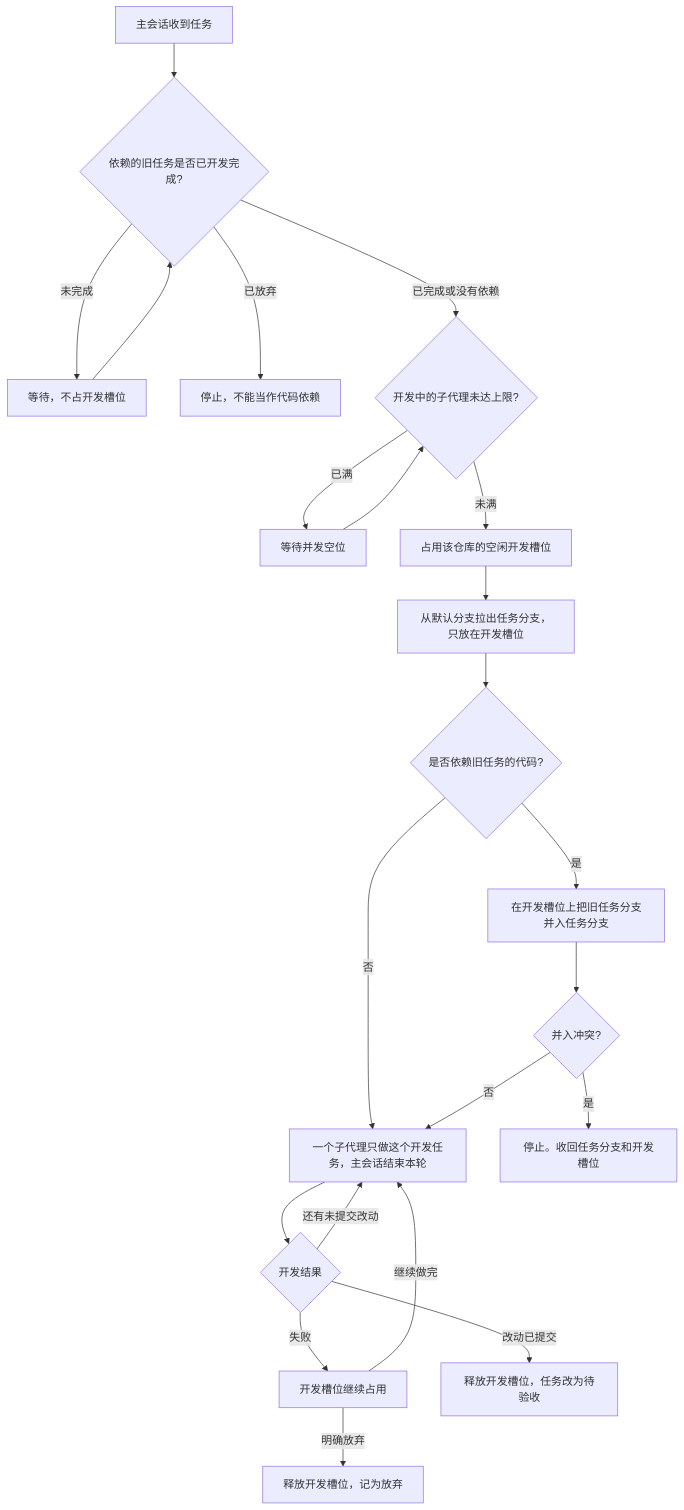
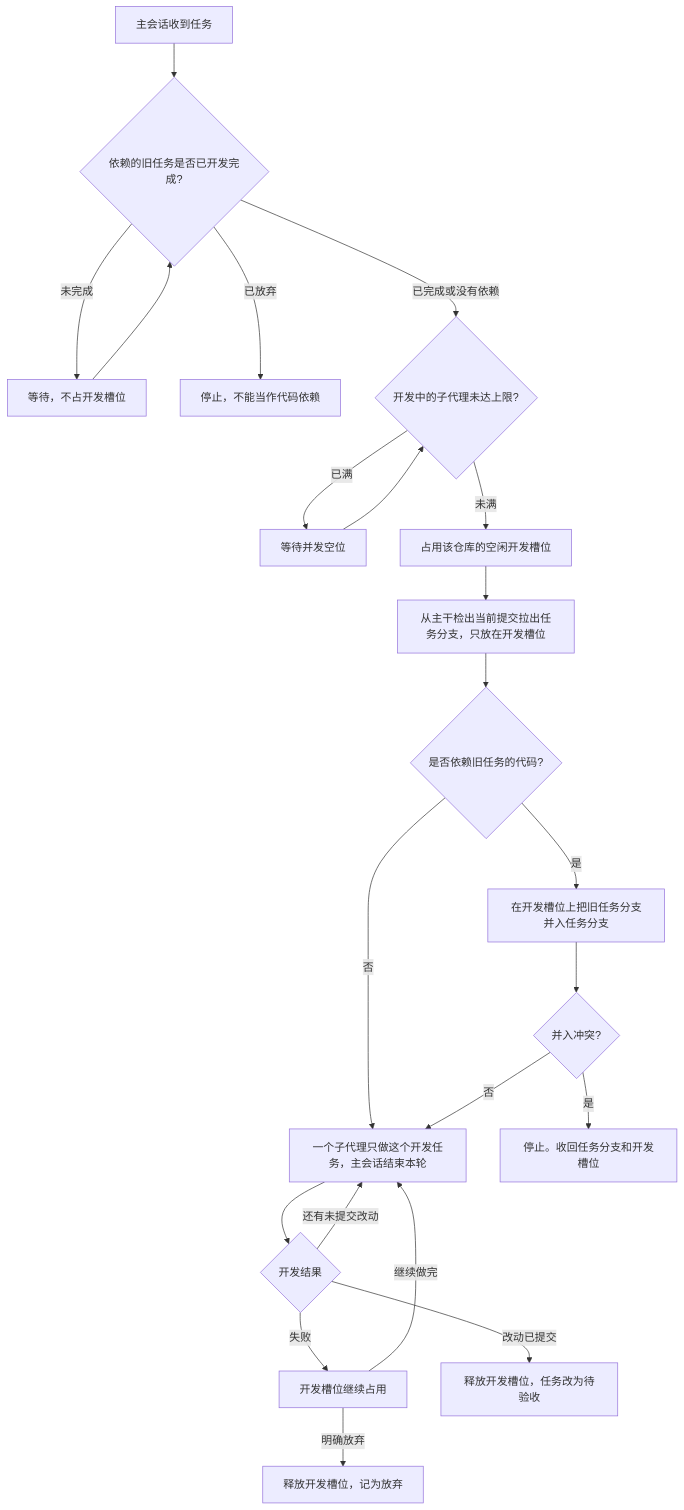
Before and after one commit to JJblau2021/dsh-dev-flow: the second of 3 diagrams in 需求.md, drawn with Mermaid. The commit also changed other lines of this file and 17 other files, not shown here.

````diff
--- a/需求.md
+++ b/需求.md
@@ -93,24 +93,24 @@
 ```mermaid
 flowchart TD
   start["主会话收到任务"] --> deps{"依赖的旧任务是否已开发完成?"}
   deps -->|"未完成"| waitDep["等待，不占开发槽位"]
   waitDep --> deps
   deps -->|"已放弃"| blocked["停止，不能当作代码依赖"]
   deps -->|"已完成或没有依赖"| cap{"开发中的子代理未达上限?"}
   cap -->|"已满"| waitCap["等待并发空位"]
   waitCap --> cap
   cap -->|"未满"| take["占用该仓库的空闲开发槽位"]
-  take --> cut["从默认分支拉出任务分支，只放在开发槽位"]
+  take --> cut["从主干检出当前提交拉出任务分支，只放在开发槽位"]
   cut --> need{"是否依赖旧任务的代码?"}
   need -->|"是"| mergeOld["在开发槽位上把旧任务分支并入任务分支"]
   need -->|"否"| run["一个子代理只做这个开发任务，主会话结束本轮"]
   mergeOld --> bad{"并入冲突?"}
   bad -->|"是"| undo["停止。收回任务分支和开发槽位"]
   bad -->|"否"| run
   run --> result{"开发结果"}
   result -->|"还有未提交改动"| run
   result -->|"失败"| hold["开发槽位继续占用"]
   hold -->|"继续做完"| run
   hold -->|"明确放弃"| giveup["释放开发槽位，记为放弃"]
   result -->|"改动已提交"| done["释放开发槽位，任务改为待验收"]
 ```
````
